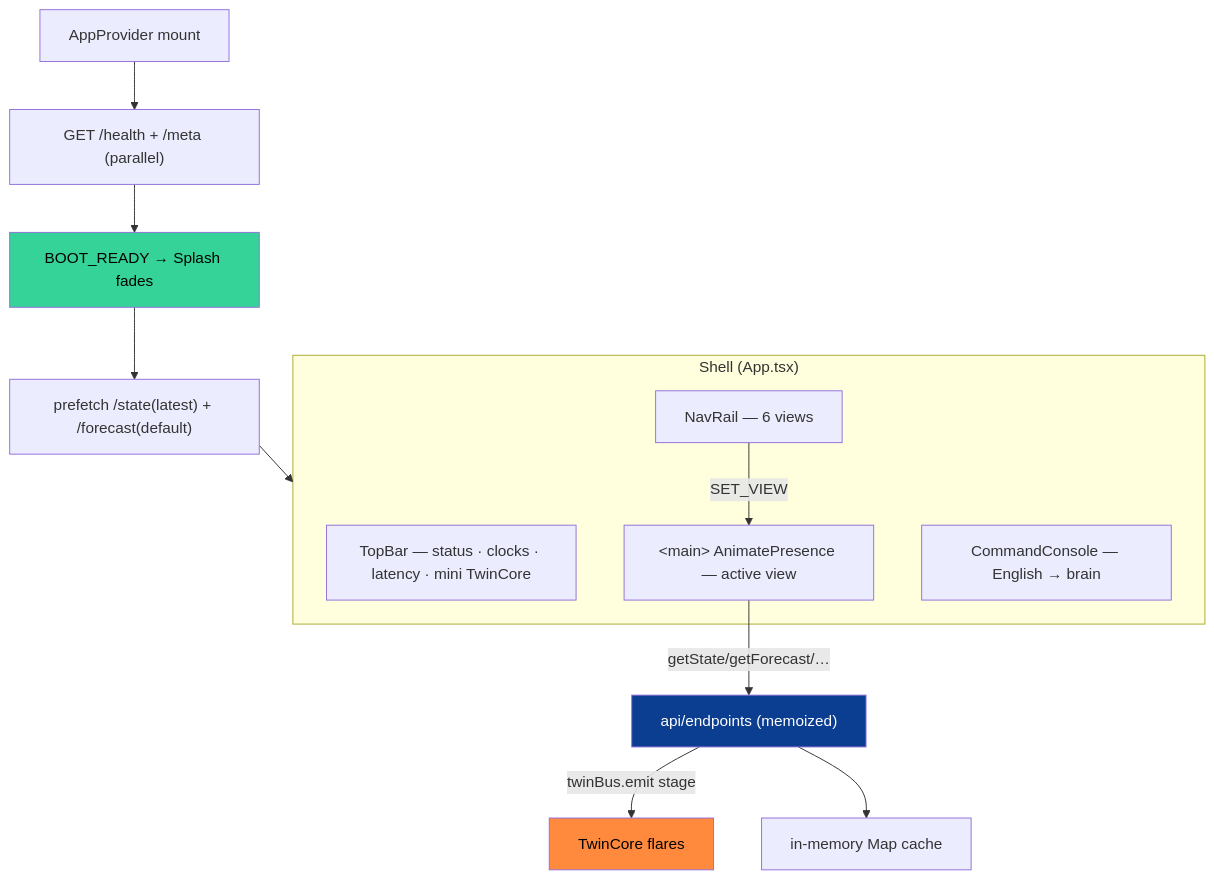
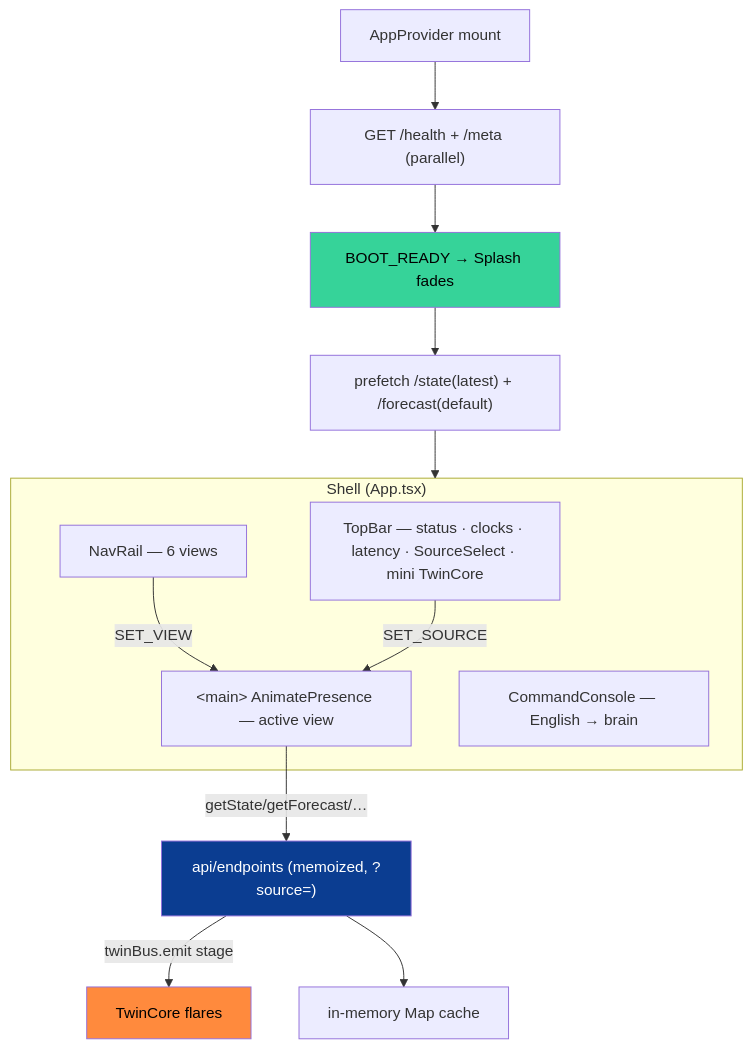
The first of 2 diagrams in frontend/README.md (ayushap18/climatwin-india), drawn with Mermaid before and after one commit. The commit also changed other lines of this file and 9 other files, not shown here.

First line of the commit message:
docs: document the INSAT-3D/MOSDAC real-data regime, 3D terrain, and source-aware twin

````diff
--- a/frontend/README.md
+++ b/frontend/README.md
@@ -45,23 +82,24 @@
 ```mermaid
 flowchart TD
     BOOT["AppProvider mount"] --> H["GET /health + /meta (parallel)"]
     H --> READY["BOOT_READY → Splash fades"]
     READY --> PRE["prefetch /state(latest) + /forecast(default)"]
     PRE --> SHELL
 
     subgraph SHELL["Shell (App.tsx)"]
-        TOP["TopBar — status · clocks · latency · mini TwinCore"]
+        TOP["TopBar — status · clocks · latency · SourceSelect · mini TwinCore"]
         NAV["NavRail — 6 views"]
         MAIN["&lt;main&gt; AnimatePresence — active view"]
         CON["CommandConsole — English → brain"]
     end
 
     NAV -->|SET_VIEW| MAIN
-    MAIN -->|getState/getForecast/…| API["api/endpoints (memoized)"]
+    TOP -->|SET_SOURCE| MAIN
+    MAIN -->|getState/getForecast/…| API["api/endpoints (memoized, ?source=)"]
     API -->|twinBus.emit stage| CORE["TwinCore flares"]
     API --> CACHE["in-memory Map cache"]
 
     style READY fill:#36d399,color:#000
     style CORE fill:#ff8a3d,color:#000
     style API fill:#0b3d91,color:#fff
 ```
````
